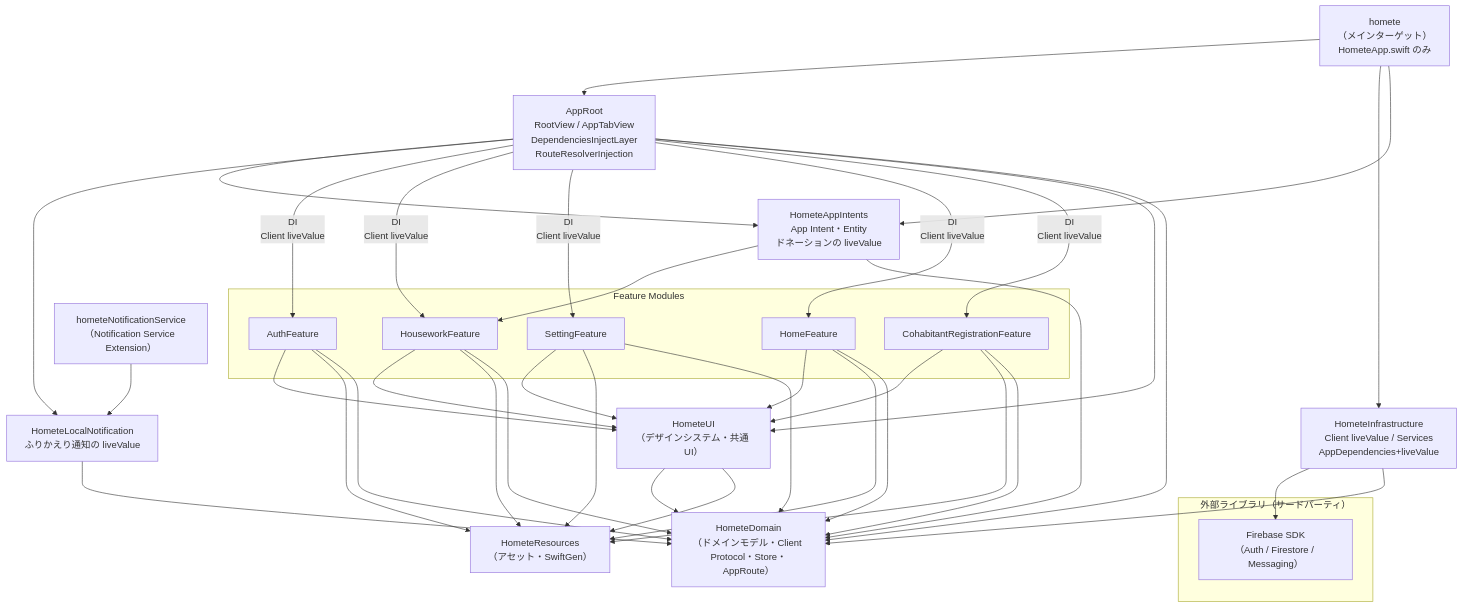
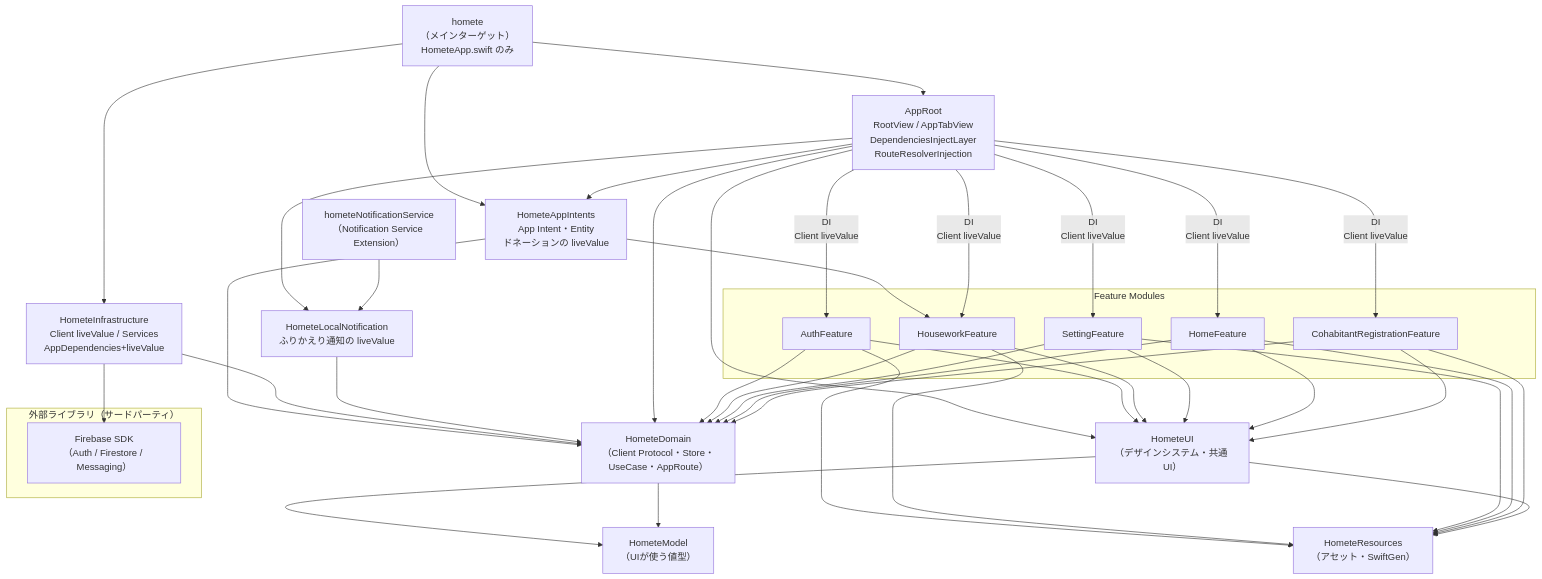
Before and after one commit to stotic-dev/homete_iOS: the diagram in doc/multimodules_structure.md, drawn with Mermaid. The commit also changed other lines of this file and 4 other files, not shown here.

````diff
--- a/doc/multimodules_structure.md
+++ b/doc/multimodules_structure.md
@@ -100,71 +108,73 @@
 ```mermaid
 graph TD
     subgraph ExternalLibs["外部ライブラリ（サードパーティ）"]
         Firebase["Firebase SDK\n（Auth / Firestore / Messaging）"]
     end
 
     homete["homete\n（メインターゲット）\nHometeApp.swift のみ"]
 
     AppRoot["AppRoot\nRootView / AppTabView\nDependenciesInjectLayer\nRouteResolverInjection"]
 
     HometeInfrastructure["HometeInfrastructure\nClient liveValue / Services\nAppDependencies+liveValue"]
 
     subgraph Features["Feature Modules"]
         AuthFeature
         HouseworkFeature
         SettingFeature
         HomeFeature
         CohabitantRegistrationFeature
     end
 
     HometeUI["HometeUI\n（デザインシステム・共通 UI）"]
     HometeResources["HometeResources\n（アセット・SwiftGen）"]
-    HometeDomain["HometeDomain\n（ドメインモデル・Client Protocol・Store・AppRoute）"]
+    HometeDomain["HometeDomain\n（Client Protocol・Store・UseCase・AppRoute）"]
+    HometeModel["HometeModel\n（UIが使う値型）"]
 
     homete --> AppRoot
     homete --> HometeInfrastructure
 
     HometeAppIntents["HometeAppIntents\nApp Intent・Entity\nドネーションの liveValue"]
     homete --> HometeAppIntents
     AppRoot --> HometeAppIntents
     HometeAppIntents --> HouseworkFeature
     HometeAppIntents --> HometeDomain
 
     HometeInfrastructure --> Firebase
     HometeInfrastructure --> HometeDomain
 
     HometeLocalNotification["HometeLocalNotification\nふりかえり通知の liveValue"]
     hometeNotificationService["hometeNotificationService\n（Notification Service Extension）"]
     AppRoot --> HometeLocalNotification
     hometeNotificationService --> HometeLocalNotification
     HometeLocalNotification --> HometeDomain
 
     AppRoot -->|DI \n Client liveValue| AuthFeature
     AppRoot -->|DI \n Client liveValue| HouseworkFeature
     AppRoot -->|DI \n Client liveValue| SettingFeature
     AppRoot -->|DI \n Client liveValue| HomeFeature
     AppRoot -->|DI \n Client liveValue| CohabitantRegistrationFeature
     AppRoot --> HometeUI
     AppRoot --> HometeDomain
 
     AuthFeature --> HometeUI
     HouseworkFeature --> HometeUI
     SettingFeature --> HometeUI
     HomeFeature --> HometeUI
     CohabitantRegistrationFeature --> HometeUI
 
     AuthFeature --> HometeResources
     HouseworkFeature --> HometeResources
     SettingFeature --> HometeResources
     HomeFeature --> HometeResources
     CohabitantRegistrationFeature --> HometeResources
 
     AuthFeature --> HometeDomain
     HouseworkFeature --> HometeDomain
     SettingFeature --> HometeDomain
     HomeFeature --> HometeDomain
     CohabitantRegistrationFeature --> HometeDomain
 
-    HometeUI --> HometeDomain
+    HometeUI --> HometeModel
     HometeUI --> HometeResources
+    HometeDomain --> HometeModel
 ```
````
